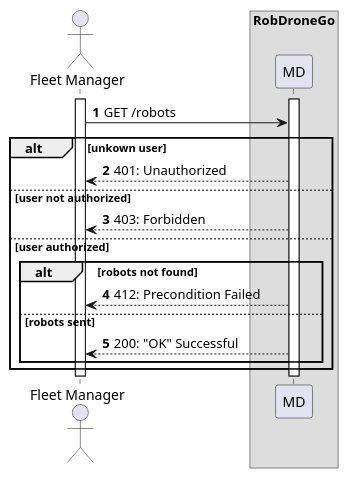
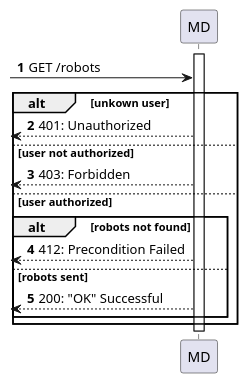
One commit to Departamento-de-Engenharia-Informatica/lapr5-23-24-g19 changed the diagram in docs/us380/level2/process-view.puml. Above: the diagram before and after it, drawn with PlantUML. The commit also changed 7 other files, not shown here.

```diff
--- a/docs/us380/level2/process-view.puml
+++ b/docs/us380/level2/process-view.puml
@@ -1,29 +1,27 @@
 @startuml
 autonumber
 
-actor "Fleet Manager" as actor
-box "RobDroneGo"
+
 participant "MD" as mdr
 
-activate actor
+
 activate mdr
 
-    actor -> mdr: GET /robots
+    [-> mdr: GET /robots
     alt unkown user
-            mdr --> actor : 401: Unauthorized
+            [<-- mdr  : 401: Unauthorized
         else user not authorized
-            mdr --> actor : 403: Forbidden
+            [<-- mdr  : 403: Forbidden
         else user authorized
 
 
     alt robots not found
-        actor <-- mdr : 412: Precondition Failed
+        [<-- mdr  : 412: Precondition Failed
     else robots sent
-        actor <--mdr : 200: "OK" Successful
+        [<-- mdr  : 200: "OK" Successful
     end
 
     end
 
 deactivate mdr
-deactivate actor
 @enduml
```
